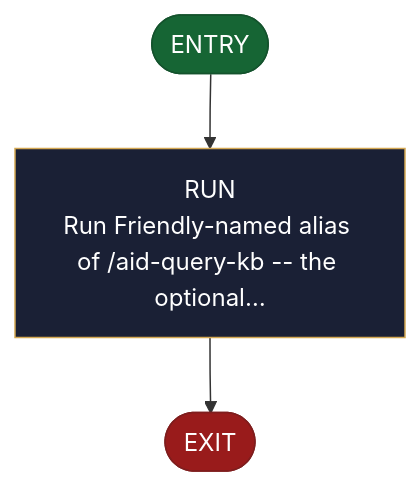
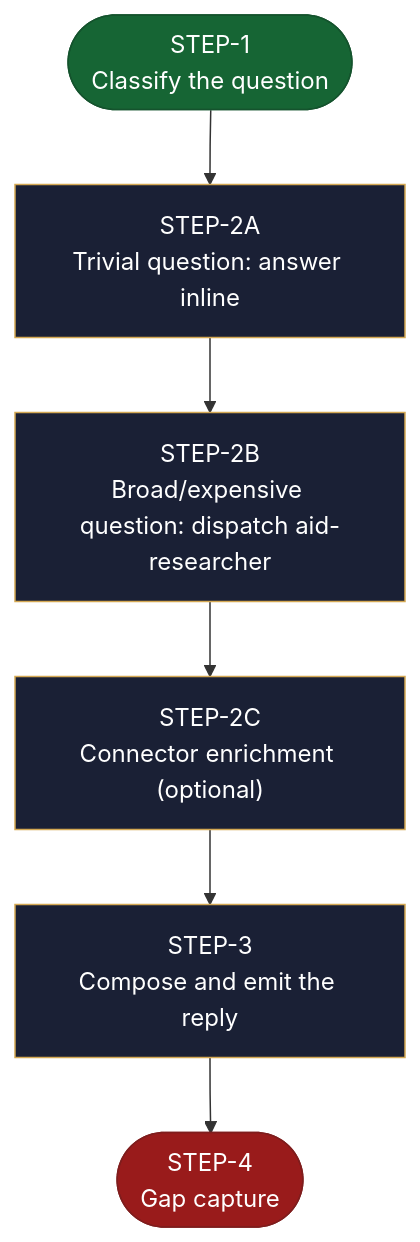
One commit to AndreVianna/aid-methodology changed the diagram in site/src/content/docs/skills/aid-ask.md. Above: the diagram before and after it, drawn with Mermaid. The commit also changed other lines of this file and 99 other files, not shown here.

````diff
--- a/site/src/content/docs/skills/aid-ask.md
+++ b/site/src/content/docs/skills/aid-ask.md
@@ -22,20 +22,32 @@
 ```mermaid
 flowchart TB
   classDef aidNode color:#fff
   classDef aidEntry fill:#166534,stroke:#14532d,color:#fff
   classDef aidExit fill:#991b1b,stroke:#7f1d1d,color:#fff
   classDef aidDecision fill:#92400e,stroke:#78350f,color:#fff
   classDef aidLoopBack fill:#1e3a8a,stroke:#1e3a8a,color:#fff
   classDef aidStep fill:#1a2035,stroke:#d4a853,color:#f1f5f9
-  n1(["ENTRY"])
-  n2["RUN<br/>Run Friendly-named alias of /aid-query-kb -- the optional…"]
-  n3(["EXIT"])
+  n1(["STEP-1<br/>Classify the question"])
+  n2["STEP-2A<br/>Trivial question: answer inline"]
+  n3["STEP-2B<br/>Broad/expensive question: dispatch aid-researcher"]
+  n4["STEP-2C<br/>Connector enrichment (optional)"]
+  n5["STEP-3<br/>Compose and emit the reply"]
+  n6(["STEP-4<br/>Gap capture"])
   n1 --> n2
   n2 --> n3
+  n3 --> n4
+  n4 --> n5
+  n5 --> n6
   class n1 aidEntry
   class n2 aidStep
-  class n3 aidExit
+  class n3 aidStep
+  class n4 aidStep
+  class n5 aidStep
+  class n6 aidExit
   class n1 aidNode
   class n2 aidNode
   class n3 aidNode
+  class n4 aidNode
+  class n5 aidNode
+  class n6 aidNode
 ```
````
